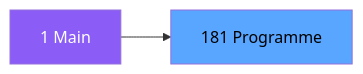
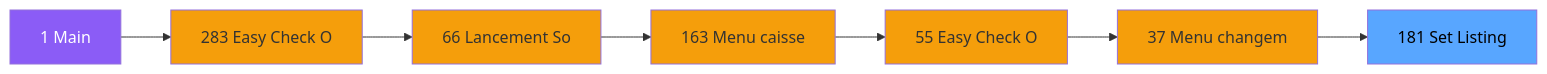
One commit to thonyAGP/magic-migration changed the second of 3 diagrams in .openspec/specs/ADH-IDE-181.md. Above: the diagram before and after it, drawn with Mermaid. The commit also changed other lines of this file and 323 other files, not shown here.

````diff
--- a/.openspec/specs/ADH-IDE-181.md
+++ b/.openspec/specs/ADH-IDE-181.md
@@ -98,8 +109,23 @@
 ```mermaid
 graph LR
     M[1 Main]
-    T[181 Programme]
-    M --> T
+    N283[283 Easy Check O]
+    N66[66 Lancement So]
+    N163[163 Menu caisse ]
+    N55[55 Easy Check O]
+    N37[37 Menu changem]
+    T[181 Set Listing ]
+    M --> N283
+    N283 --> N66
+    N66 --> N163
+    N163 --> N55
+    N55 --> N37
+    N37 --> T
     style M fill:#8b5cf6,color:#fff
+    style N283 fill:#f59e0b
+    style N66 fill:#f59e0b
+    style N163 fill:#f59e0b
+    style N55 fill:#f59e0b
+    style N37 fill:#f59e0b
     style T fill:#58a6ff,color:#000
 ```
````
